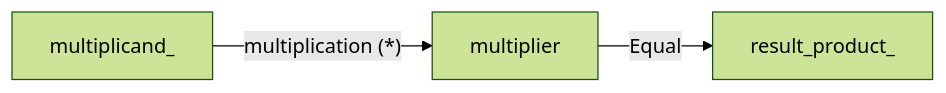
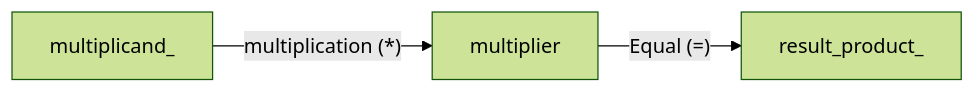
Before and after one commit to will-bc/Blockchain-Cryptocurrency: the first of 3 diagrams in Finite_Field/README.md, drawn with Mermaid (forest theme). The commit also changed other lines of this file, not shown here.

````diff
--- a/Finite_Field/README.md
+++ b/Finite_Field/README.md
@@ -31,5 +31,5 @@
 ```mermaid 
 graph LR 
-multiplicand_ --"multiplication (*)" --> multiplier-->|Equal|result_product_ 
+multiplicand_ --"multiplication (*)" --> multiplier-->|"Equal (=)"|result_product_ 
 
 ```
````
